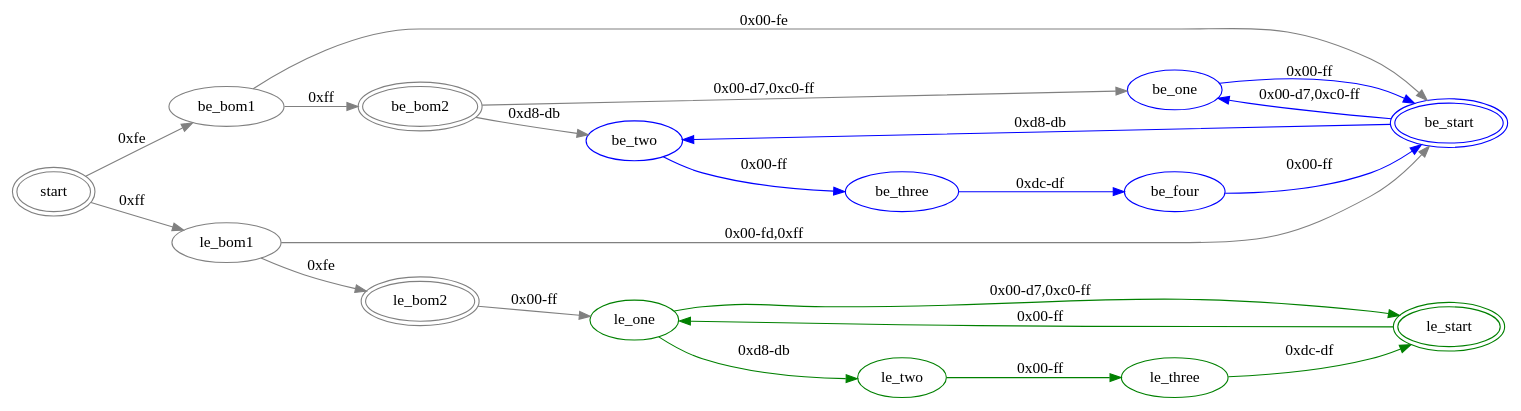
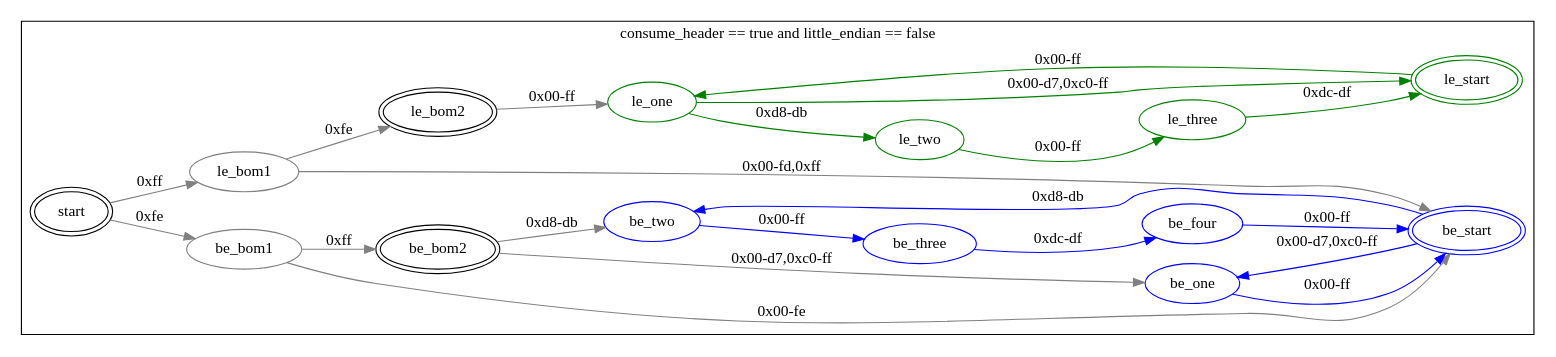
One commit to jschmerge/xos changed the diagram in src/automata/samples/utf16.dot. Above: the diagram before and after it, drawn with Graphviz. The commit also changed 1 other file, not shown here.

```diff
--- a/src/automata/samples/utf16.dot
+++ b/src/automata/samples/utf16.dot
@@ -1,61 +1,54 @@
 digraph Input {
 	rankdir="LR"
 
-//	[label="std::codecvt_utf16 input"]
+	subgraph cluster_one {
+		label="consume_header == true and little_endian == false"
 
+		start [peripheries=2]
+		be_bom2 [peripheries=2]
+		le_bom2 [peripheries=2]
 
-	subgraph BOM {
-	edge [color="gray"]
-	node [color="gray"]
-	start -> be_bom1 [label="0xfe"]
-	start -> le_bom1 [label="0xff"]
+		subgraph BOM {
+			edge [color="gray"]
+			node [color="gray"]
+			start -> be_bom1 [label="0xfe"]
+			start -> le_bom1 [label="0xff"]
+		}
+
+		subgraph big_endian {
+			node [color="blue"]
+			edge [color="blue"]
+			be_start -> be_one [label="0x00-d7,0xc0-ff"]
+			be_one -> be_start [label="0x00-ff"]
+			be_start -> be_two [label="0xd8-db"]
+			be_two -> be_three [label="0x00-ff"]
+			be_three -> be_four [label="0xdc-df"]
+			be_four -> be_start [label="0x00-ff"]
+			be_start [peripheries=2]
+		}
+
+		subgraph little_endian {
+			node [color="green"]
+			edge [color="green"]
+			le_start -> le_one [label="0x00-ff"]
+			le_one -> le_start [label="0x00-d7,0xc0-ff"]
+			le_one -> le_two [label="0xd8-db"]
+			le_two -> le_three [label="0x00-ff"]
+			le_three -> le_start [label="0xdc-df"]
+			le_start [peripheries=2]
+		}
+
+		subgraph BOM {
+			be_bom1 -> be_bom2 [label="0xff"]
+			be_bom1 -> be_start [label="0x00-fe"]
+			be_bom2 -> be_one [label="0x00-d7,0xc0-ff"]
+			be_bom2 -> be_two [label="0xd8-db"]
+
+			le_bom1 -> be_start [label="0x00-fd,0xff"]
+			le_bom1 -> le_bom2 [label="0xfe"]
+			le_bom2 -> le_one [label="0x00-ff"]
+		}
+
+		{ rank=max le_start; be_start; }
 	}
-
-	subgraph {
-	node [color="blue"]
-	edge [color="blue"]
-	be_start -> be_one [label="0x00-d7,0xc0-ff"]
-	be_one -> be_start [label="0x00-ff"]
-	be_start -> be_two [label="0xd8-db"]
-	be_two -> be_three [label="0x00-ff"]
-	be_three -> be_four [label="0xdc-df"]
-	be_four -> be_start [label="0x00-ff"]
-	be_start [peripheries=2]
-	}
-
-	subgraph {
-	node [color="green"]
-	edge [color="green"]
-	le_start -> le_one [label="0x00-ff"]
-	le_one -> le_start [label="0x00-d7,0xc0-ff"]
-	le_one -> le_two [label="0xd8-db"]
-	le_two -> le_three [label="0x00-ff"]
-	le_three -> le_start [label="0xdc-df"]
-	le_start [peripheries=2]
-	}
-
-	subgraph BOM {
-	be_bom1 -> be_bom2 [label="0xff"]
-	be_bom1 -> be_start [label="0x00-fe"]
-	be_bom2 -> be_one [label="0x00-d7,0xc0-ff"]
-	be_bom2 -> be_two [label="0xd8-db"]
-
-	le_bom1 -> be_start [label="0x00-fd,0xff"]
-	le_bom1 -> le_bom2 [label="0xfe"]
-	le_bom2 -> le_one [label="0x00-ff"]
-	}
-
-	start [peripheries=2]
-	be_bom2 [peripheries=2]
-	le_bom2 [peripheries=2]
-
-//	{ rank=same be_bom2; le_bom2; }
-	{ rank=max le_start; be_start; }
-//	{ rank=same le_one; le_one; }
-
-//	five_bytes [label="0x4000000 -\n0x7FFFFFFF"]
-//	four_bytes [label="0x200000 -\n0x3FFFFFF"]
-//	three_bytes [label="0x10000 -\n0x1FFFFF"]
-//	two_bytes [label="0x0800 -\n0xFFFF"]
-//	one_byte [label="0x0080 -\n0x07ff"]
 }
```
